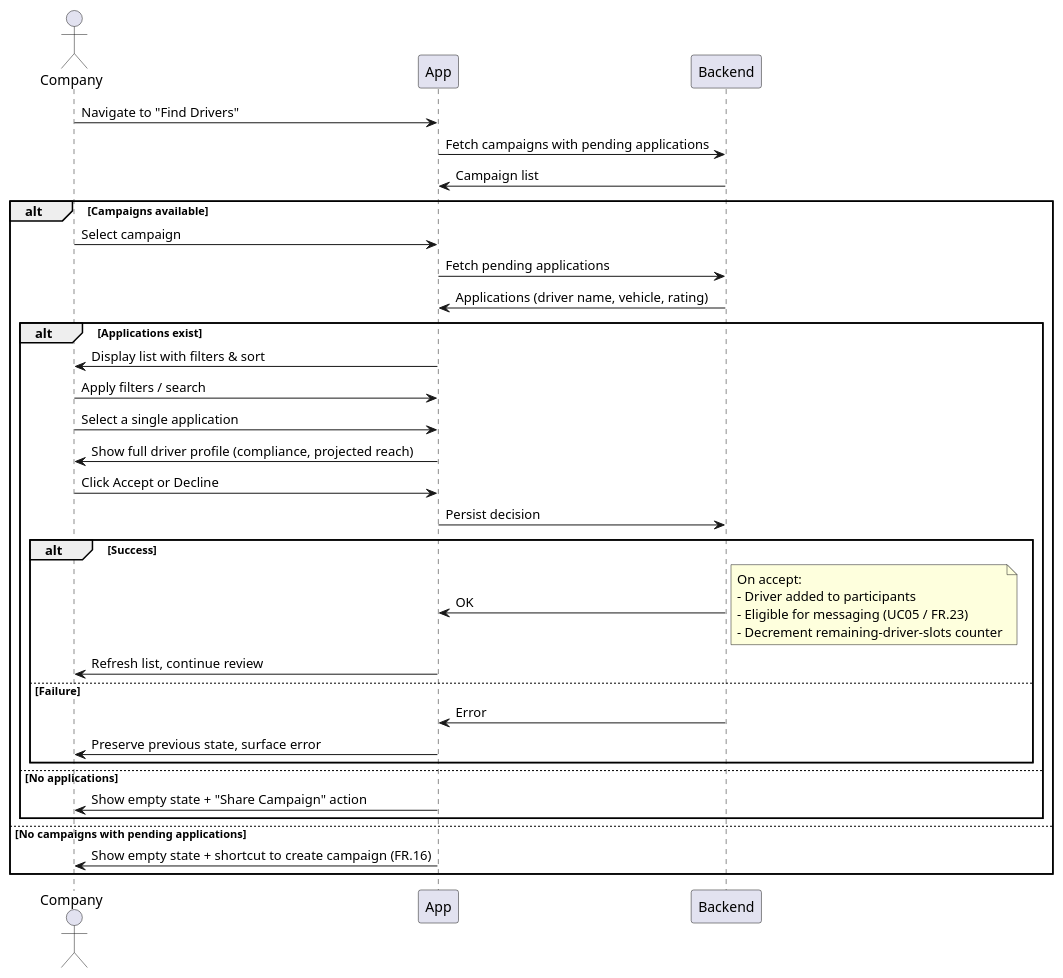
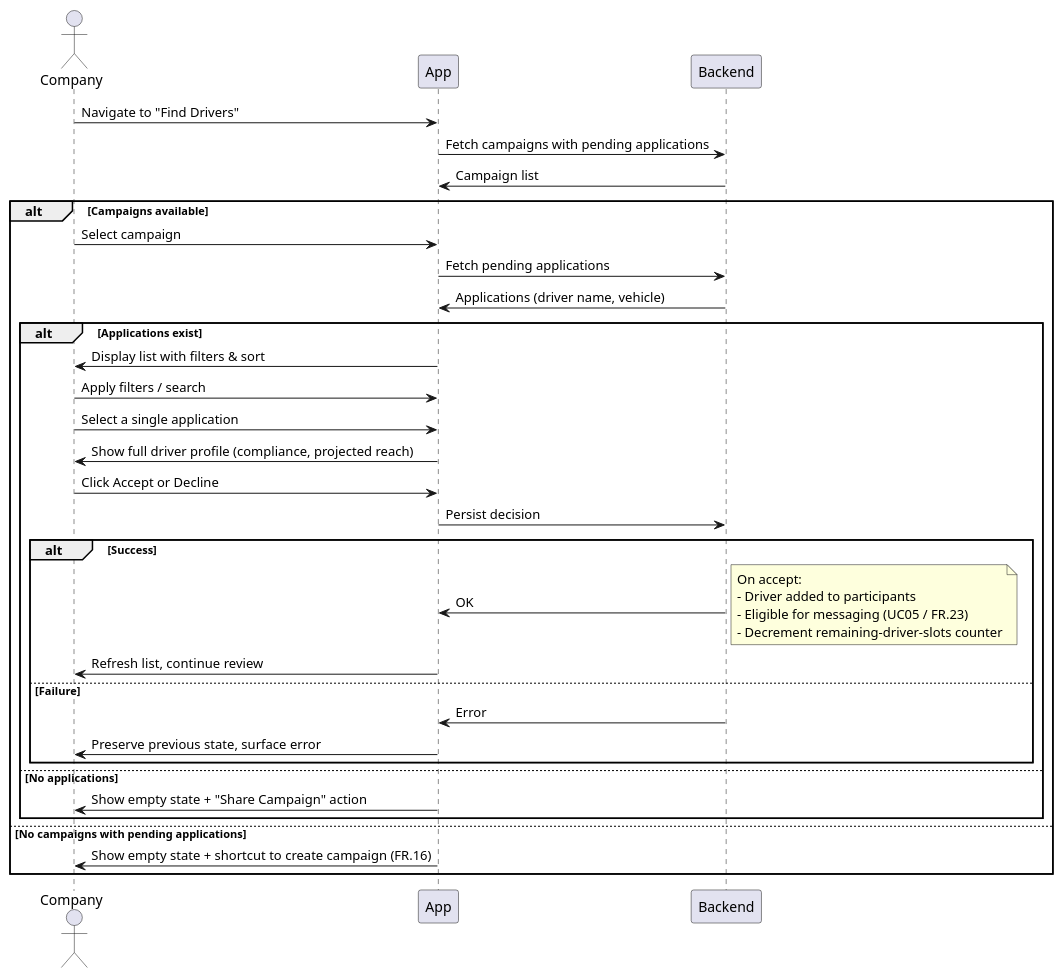
The diagram in DOCS/Usecases/Company/FindDriversForAdCampaign/FindDriversForAD.puml (TheXik/Ad-on-Wheels), drawn with PlantUML before and after one commit.

Commit message:
docs: drop rating from sequence

```diff
--- a/DOCS/Usecases/Company/FindDriversForAdCampaign/FindDriversForAD.puml
+++ b/DOCS/Usecases/Company/FindDriversForAdCampaign/FindDriversForAD.puml
@@ -1,43 +1,43 @@
 @startuml FindDriversForAdCampaign
 actor Company
 
 Company -> App : Navigate to "Find Drivers"
 App -> Backend : Fetch campaigns with pending applications
 Backend -> App : Campaign list
 
 alt Campaigns available
     Company -> App : Select campaign
     App -> Backend : Fetch pending applications
-    Backend -> App : Applications (driver name, vehicle, rating)
+    Backend -> App : Applications (driver name, vehicle)
 
     alt Applications exist
         App -> Company : Display list with filters & sort
         Company -> App : Apply filters / search
         Company -> App : Select a single application
         App -> Company : Show full driver profile (compliance, projected reach)
         Company -> App : Click Accept or Decline
         App -> Backend : Persist decision
 
         alt Success
             Backend -> App : OK
             note right
                 On accept:
                 - Driver added to participants
                 - Eligible for messaging (UC05 / FR.23)
                 - Decrement remaining-driver-slots counter
             end note
             App -> Company : Refresh list, continue review
         else Failure
             Backend -> App : Error
             App -> Company : Preserve previous state, surface error
         end
 
     else No applications
         App -> Company : Show empty state + "Share Campaign" action
     end
 
 else No campaigns with pending applications
     App -> Company : Show empty state + shortcut to create campaign (FR.16)
 end
 
 @enduml
```
